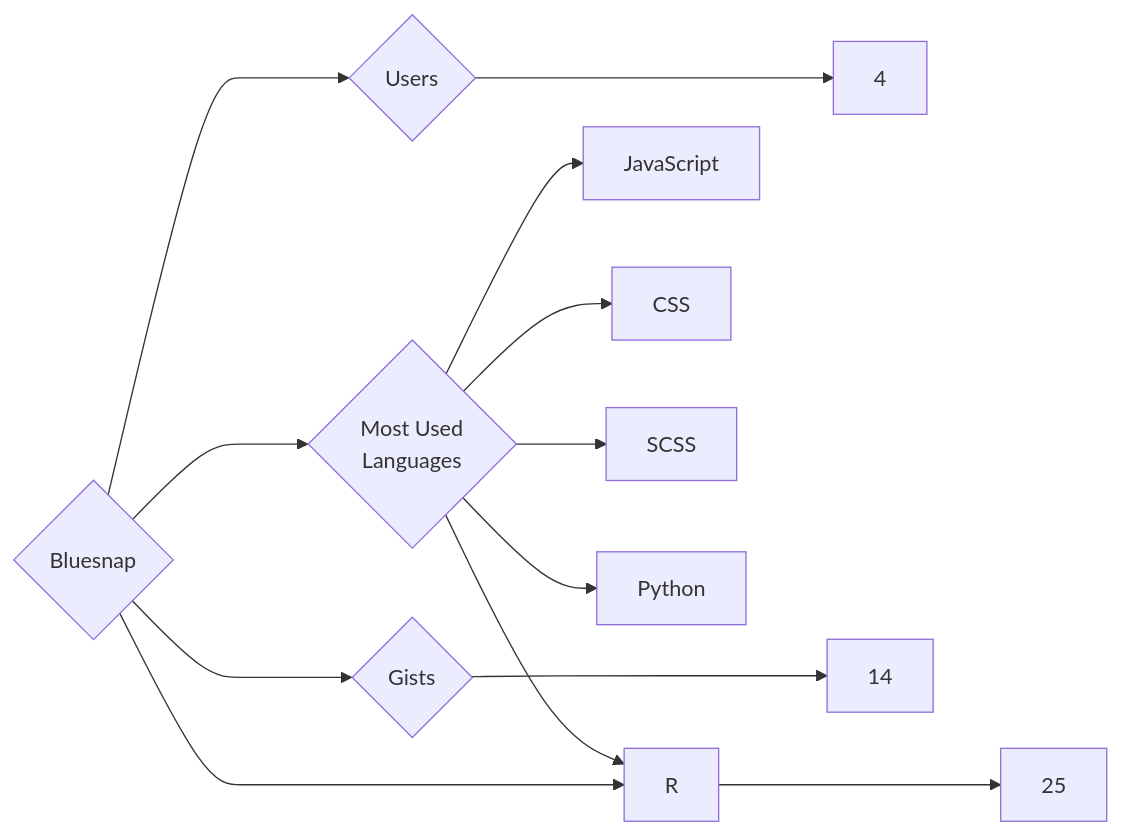
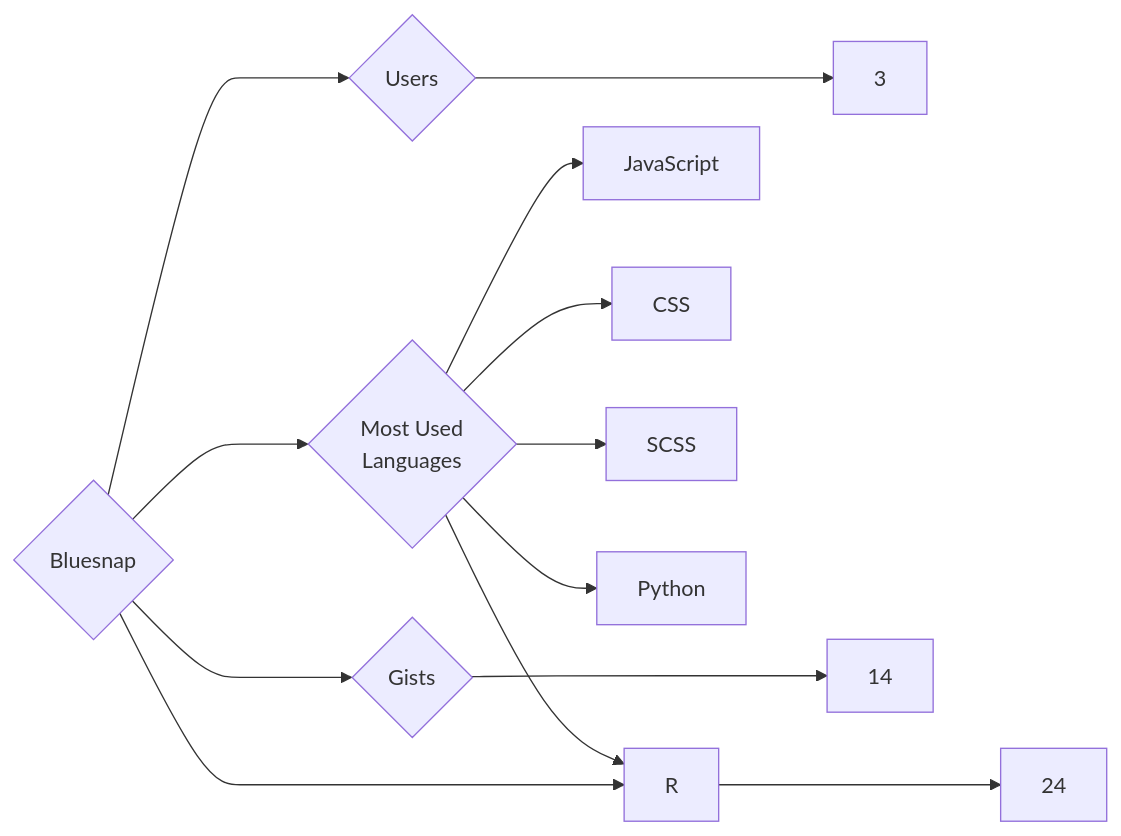
Before and after one commit to trickest/insiders: the diagram in targets/Bluesnap/README.md, drawn with Mermaid. The commit also changed 633 other files, not shown here.

````diff
--- a/targets/Bluesnap/README.md
+++ b/targets/Bluesnap/README.md
@@ -3,13 +3,13 @@
 ```mermaid
 graph LR
 COMPANY_NAME{Bluesnap}
-COMPANY_NAME ---> U{Users} ---> UN[4]
-COMPANY_NAME ---> R{Repositories} ---> RN[25]
+COMPANY_NAME ---> U{Users} ---> UN[3]
+COMPANY_NAME ---> R{Repositories} ---> RN[24]
 COMPANY_NAME ---> G{Gists} ---> GN[14]
 COMPANY_NAME ---> ML{Most Used<br>Languages}
 ML --> JavaScript[JavaScript]
 ML --> CSS[CSS]
 ML --> SCSS[SCSS]
 ML --> R[R]
 ML --> Python[Python]
 ```
````
